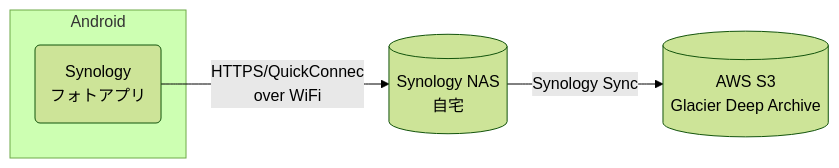
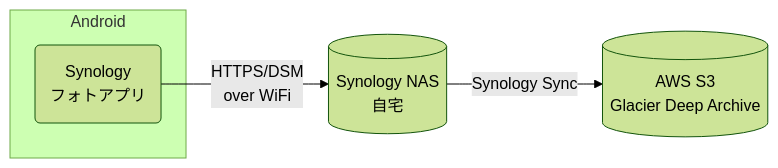
The first of 2 diagrams in content/posts/2025-02-24-photo-backup.md (isseis/blog-hugo), drawn with Mermaid (forest theme) before and after one commit. The commit also changed other lines of this file, not shown here.

````diff
--- a/content/posts/2025-02-24-photo-backup.md
+++ b/content/posts/2025-02-24-photo-backup.md
@@ -65,10 +65,10 @@
 ```mermaid
 flowchart LR
-    id1(Synology<br>フォトアプリ) -- HTTPS/QuickConnec<br>over WiFi --> 
+    id1(Synology<br>フォトアプリ) -- HTTPS/DSM<br>over WiFi --> 
     id2[(Synology NAS<br>自宅)] -- Synology Sync -->
     id3[(AWS S3<br>Glacier Deep Archive)]
 
 subgraph Android
     id1
 end
 ```
````
